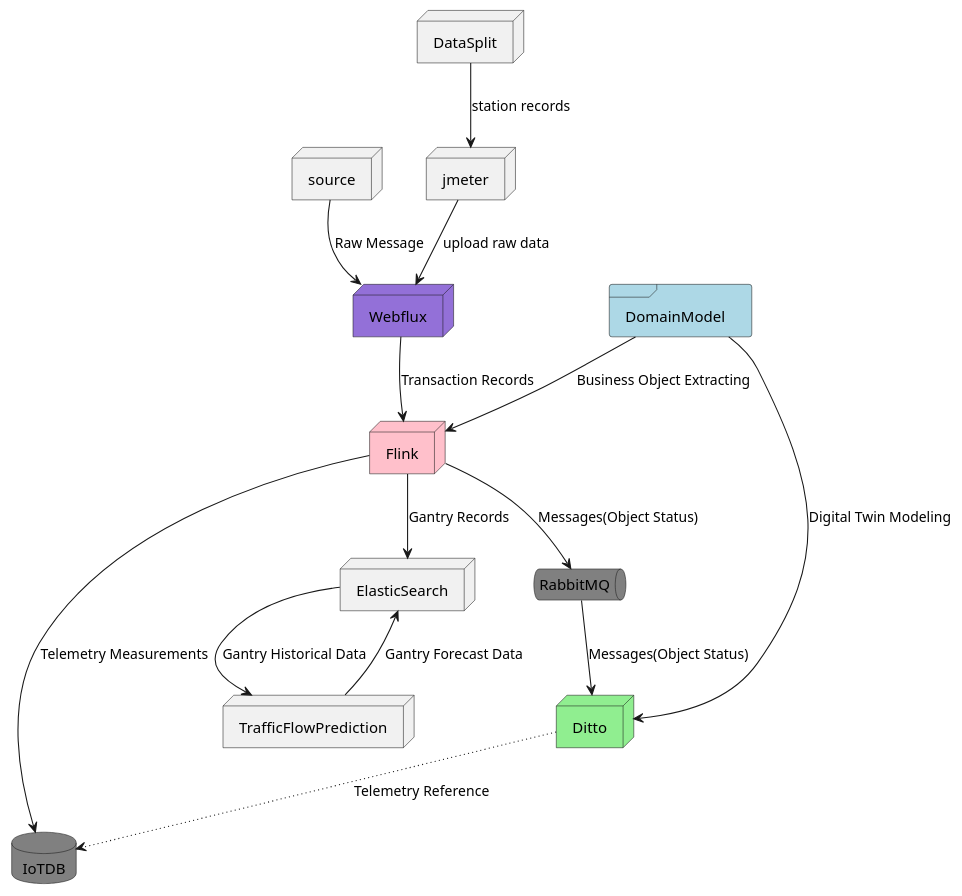
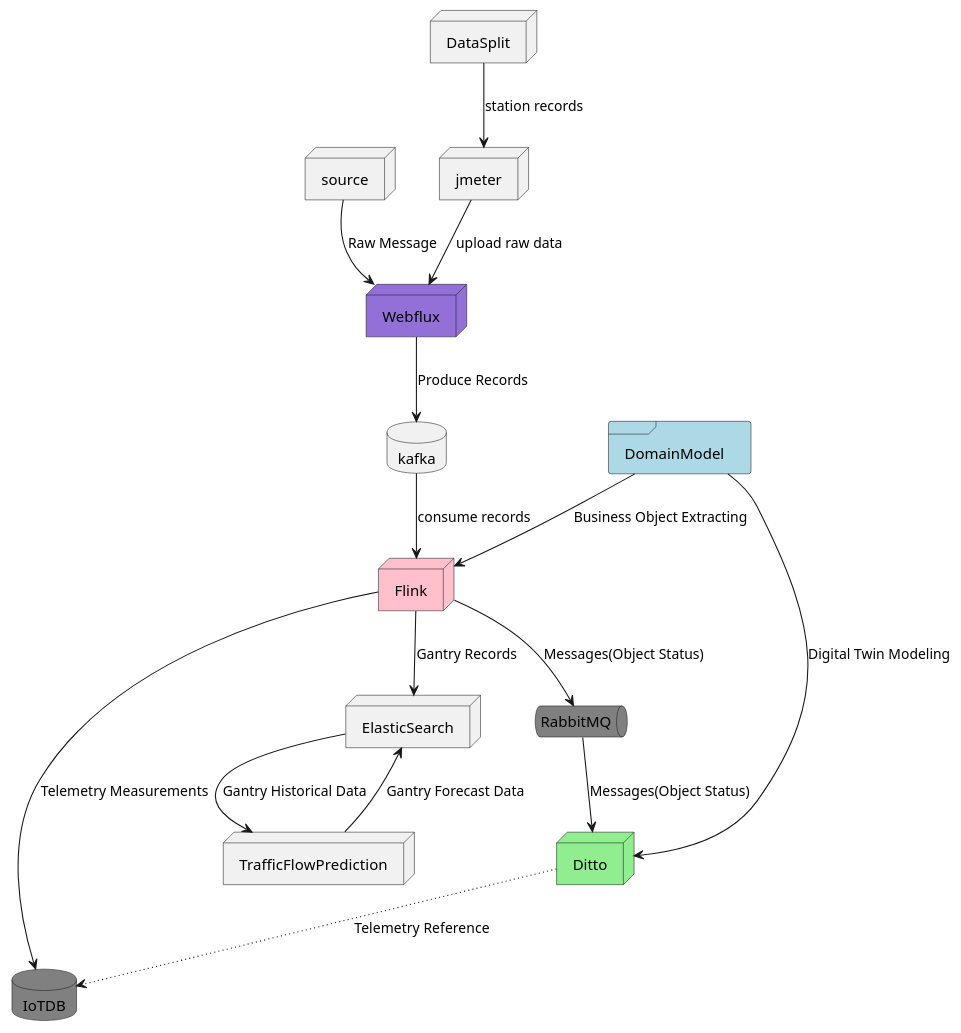
One commit to nemoworks/rodaki changed the diagram in docs/uml/deployment.pu. Above: the diagram before and after it, drawn with PlantUML. The commit also changed 1 other file, not shown here.

```diff
--- a/docs/uml/deployment.pu
+++ b/docs/uml/deployment.pu
@@ -1,34 +1,34 @@
 @startuml
 ' left to right direction
 top to bottom direction
 
 frame DomainModel #lightblue
 node source
 node jmeter
 node DataSplit
 node Webflux #mediumpurple
-
+database kafka
 node Flink #pink
 node ElasticSearch 
 database IoTDB #grey
 queue RabbitMQ #grey
 node Ditto #lightgreen
 node TrafficFlowPrediction
 
 DomainModel -[plain]-> Flink   :Business Object Extracting
 DomainModel --> Ditto   :Digital Twin Modeling
 DataSplit --> jmeter    :station records
 jmeter --> Webflux  :upload raw data
 
 source --> Webflux      :Raw Message
-Webflux --> Flink       :Transaction Records
+Webflux --> kafka       :Produce Records
 
-
+kafka --> Flink :consume records
 Flink --> RabbitMQ      :Messages(Object Status)
 Flink --> IoTDB         :Telemetry Measurements
 Flink --> ElasticSearch :Gantry Records
 ElasticSearch --> TrafficFlowPrediction :Gantry Historical Data
 TrafficFlowPrediction -->ElasticSearch  :Gantry Forecast Data
 RabbitMQ --> Ditto      :Messages(Object Status)
 Ditto -[dotted]-> IoTDB :Telemetry Reference
 @enduml
```
